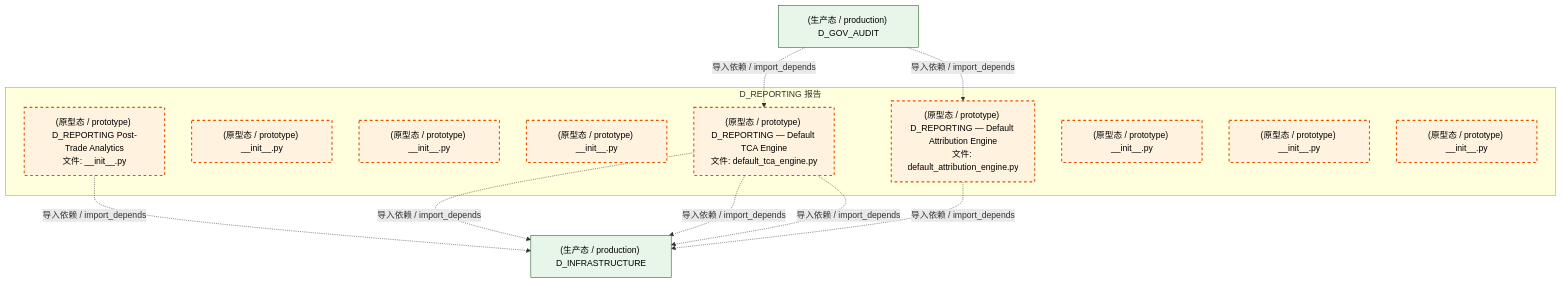
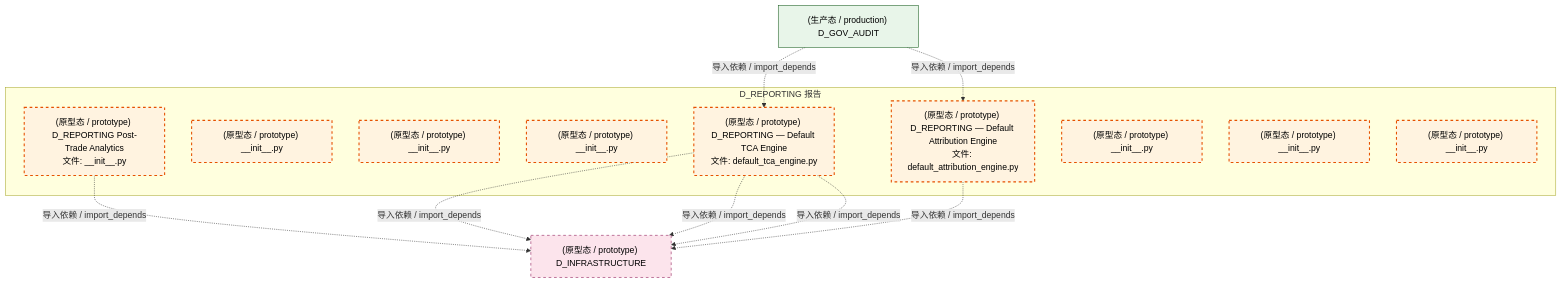
Before and after one commit to xuanFelixVan/ZephyrAlpha: the third of 4 diagrams in docs/02_enterprise_architecture/02_domain_architecture_docs/23_d_reporting.md, drawn with Mermaid. The commit also changed other lines of this file and 126 other files, not shown here.

````diff
--- a/docs/02_enterprise_architecture/02_domain_architecture_docs/23_d_reporting.md
+++ b/docs/02_enterprise_architecture/02_domain_architecture_docs/23_d_reporting.md
@@ -153,29 +153,30 @@
 ```mermaid
 graph TD
     subgraph D_REPORTING["D_REPORTING 报告"]
         src_zephyr_reporting_init_py["(原型态 / prototype) D_REPORTING Post-Trade Analytics<br/>文件: __init__.py"]
         src_zephyr_reporting_extensions_init_py["(原型态 / prototype) __init__.py"]
         src_zephyr_reporting_api_init_py["(原型态 / prototype) __init__.py"]
         src_zephyr_reporting_core_init_py["(原型态 / prototype) __init__.py"]
         src_zephyr_reporting_default_attribution_engine_py["(原型态 / prototype) D_REPORTING — Default Attribution Engine<br/>文件: default_attribution_engine.py"]
         src_zephyr_reporting_default_tca_engine_py["(原型态 / prototype) D_REPORTING — Default TCA Engine<br/>文件: default_tca_engine.py"]
         src_zephyr_reporting_infrastructure_init_py["(原型态 / prototype) __init__.py"]
         src_zephyr_reporting_models_init_py["(原型态 / prototype) __init__.py"]
         src_zephyr_reporting_services_init_py["(原型态 / prototype) __init__.py"]
     end
-    D_INFRASTRUCTURE["(生产态 / production) D_INFRASTRUCTURE"]
+    D_INFRASTRUCTURE["(原型态 / prototype) D_INFRASTRUCTURE"]
+    src_zephyr_reporting_default_tca_engine_py -.->|导入依赖 / import_depends| D_INFRASTRUCTURE
     src_zephyr_reporting_init_py -.->|导入依赖 / import_depends| D_INFRASTRUCTURE
-    src_zephyr_reporting_default_tca_engine_py -.->|导入依赖 / import_depends| D_INFRASTRUCTURE
     src_zephyr_reporting_default_tca_engine_py -.->|导入依赖 / import_depends| D_INFRASTRUCTURE
     src_zephyr_reporting_default_tca_engine_py -.->|导入依赖 / import_depends| D_INFRASTRUCTURE
     src_zephyr_reporting_default_attribution_engine_py -.->|导入依赖 / import_depends| D_INFRASTRUCTURE
     D_GOV_AUDIT["(生产态 / production) D_GOV_AUDIT"]
     D_GOV_AUDIT -.->|导入依赖 / import_depends| src_zephyr_reporting_default_tca_engine_py
     D_GOV_AUDIT -.->|导入依赖 / import_depends| src_zephyr_reporting_default_attribution_engine_py
     classDef production fill:#e1f5fe,stroke:#01579b,stroke-width:2px,color:#000
     classDef design fill:#fff3e0,stroke:#e65100,stroke-width:2px,color:#000,stroke-dasharray: 5 5
     classDef external_prod fill:#e8f5e9,stroke:#1b5e20,stroke-width:1px,color:#000
     classDef external_design fill:#fce4ec,stroke:#880e4f,stroke-width:1px,color:#000,stroke-dasharray: 5 5
     class src_zephyr_reporting_init_py,src_zephyr_reporting_extensions_init_py,src_zephyr_reporting_api_init_py,src_zephyr_reporting_core_init_py,src_zephyr_reporting_default_attribution_engine_py,src_zephyr_reporting_default_tca_engine_py,src_zephyr_reporting_infrastructure_init_py,src_zephyr_reporting_models_init_py,src_zephyr_reporting_services_init_py design
-    class D_INFRASTRUCTURE,D_GOV_AUDIT external_prod
+    class D_GOV_AUDIT external_prod
+    class D_INFRASTRUCTURE external_design
 ```
````
